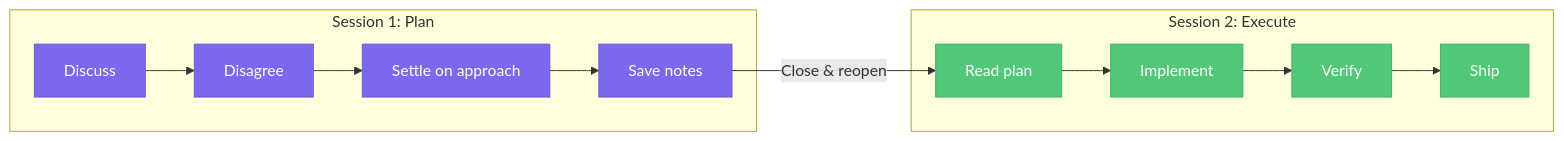
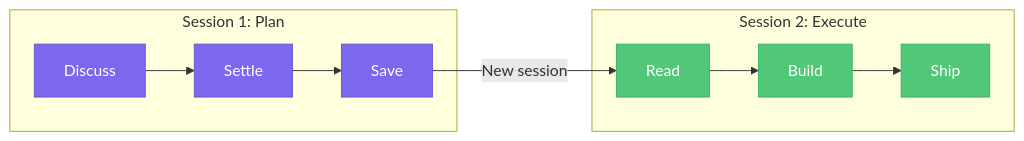
One commit to ao92265/claude-code-playbook changed the sixth of 10 diagrams in README.md. Above: the diagram before and after it, drawn with Mermaid. The commit also changed other lines of this file and 16 other files, not shown here.

````diff
--- a/README.md
+++ b/README.md
@@ -368,21 +467,19 @@
 ```mermaid
 graph LR
     subgraph "Session 1: Plan"
-        P1["Discuss"] --> P2["Disagree"] --> P3["Settle on approach"] --> P4["Save notes"]
+        P1["Discuss"] --> P2["Settle"] --> P3["Save"]
     end
 
     subgraph "Session 2: Execute"
-        E1["Read plan"] --> E2["Implement"] --> E3["Verify"] --> E4["Ship"]
+        E1["Read"] --> E2["Build"] --> E3["Ship"]
     end
 
-    P4 -->|"Close & reopen"| E1
+    P3 -->|"New session"| E1
 
     style P1 fill:#7B68EE,stroke:#6A5ACD,color:#fff
     style P2 fill:#7B68EE,stroke:#6A5ACD,color:#fff
     style P3 fill:#7B68EE,stroke:#6A5ACD,color:#fff
-    style P4 fill:#7B68EE,stroke:#6A5ACD,color:#fff
     style E1 fill:#50C878,stroke:#3CB371,color:#fff
     style E2 fill:#50C878,stroke:#3CB371,color:#fff
     style E3 fill:#50C878,stroke:#3CB371,color:#fff
-    style E4 fill:#50C878,stroke:#3CB371,color:#fff
 ```
````
